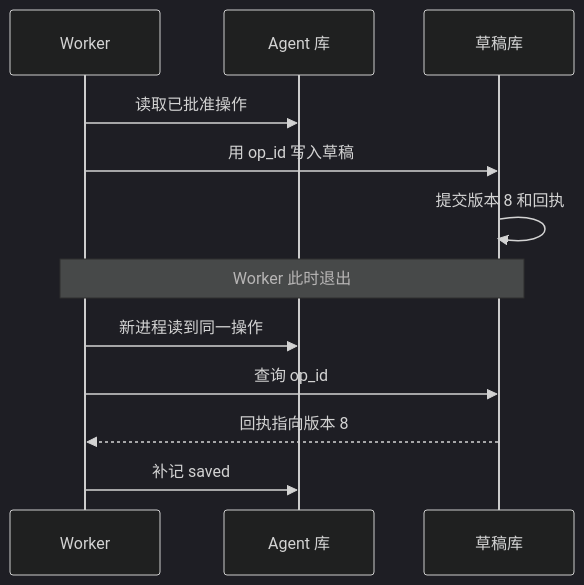
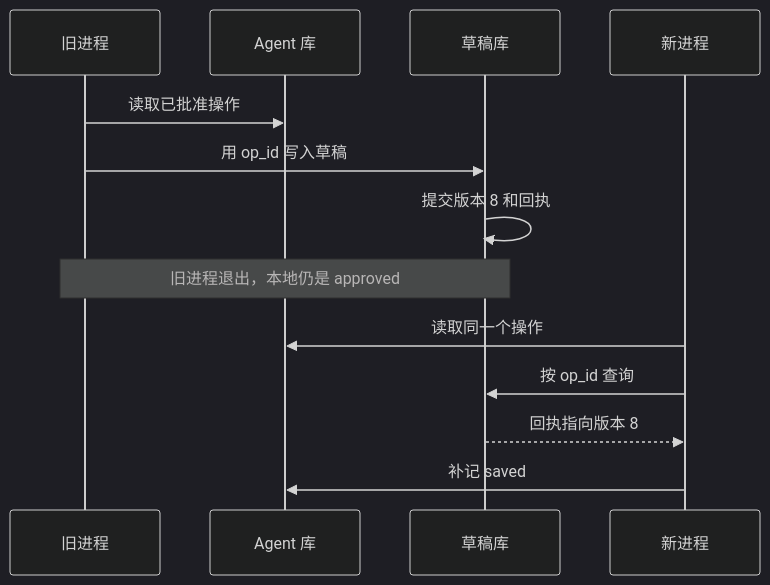
One commit to xinfengwang/xinfengwang.github.io changed the first of 2 diagrams in _posts/2026-11-18-document-agent-durable-write.md. Above: the diagram before and after it, drawn with Mermaid (dark theme). The commit also changed other lines of this file and 9 other files, not shown here.

Commit message:
Add diagrams and guided walkthroughs to the Agent labs

````diff
--- a/_posts/2026-11-18-document-agent-durable-write.md
+++ b/_posts/2026-11-18-document-agent-durable-write.md
@@ -52,14 +52,16 @@
 ```mermaid
 sequenceDiagram
-    participant W as Worker
+    accTitle: 旧进程退出以后由新进程查回执
+    participant W as 旧进程
     participant A as Agent 库
     participant D as 草稿库
+    participant R as 新进程
     W->>A: 读取已批准操作
     W->>D: 用 op_id 写入草稿
     D->>D: 提交版本 8 和回执
-    Note over W,D: Worker 此时退出
-    W->>A: 新进程读到同一操作
-    W->>D: 查询 op_id
-    D-->>W: 回执指向版本 8
-    W->>A: 补记 saved
+    Note over W,D: 旧进程退出，本地仍是 approved
+    R->>A: 读取同一个操作
+    R->>D: 按 op_id 查询
+    D-->>R: 回执指向版本 8
+    R->>A: 补记 saved
 ```
````
